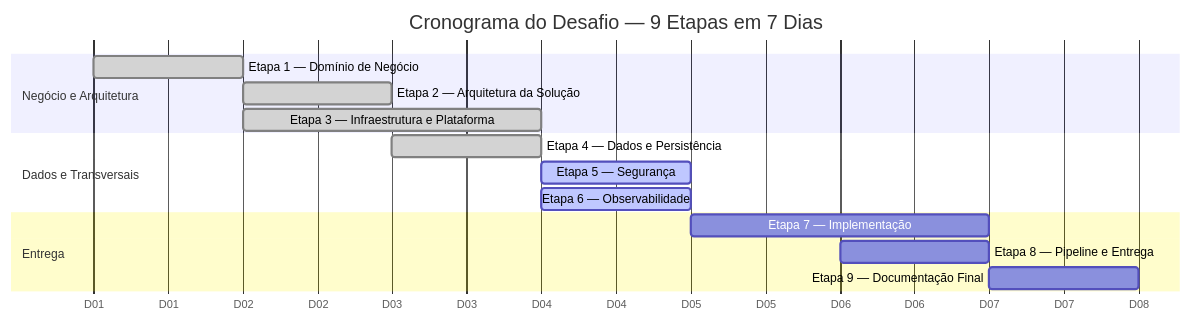
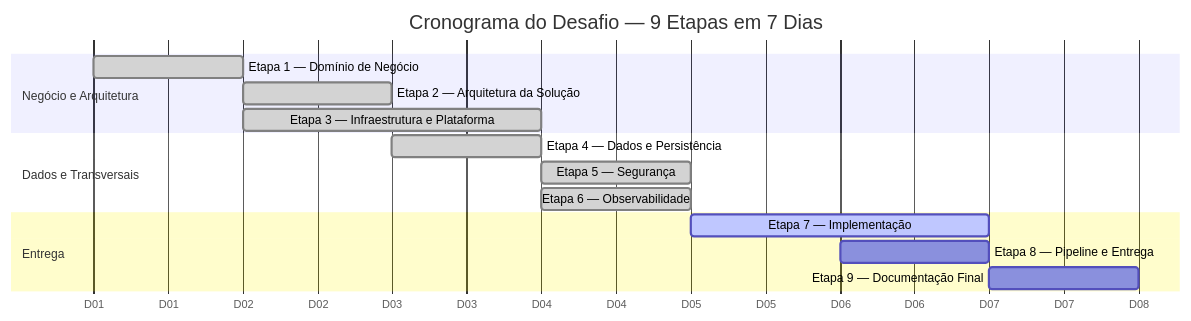
One commit to gsperim/account-engine-lab changed the diagram in docs/planejamento.md. Above: the diagram before and after it, drawn with Mermaid. The commit also changed other lines of this file, not shown here.

Commit message:
docs(planejamento): marcar Etapas 5 e 6 como concluídas, ativar Etapa 7

````diff
--- a/docs/planejamento.md
+++ b/docs/planejamento.md
@@ -36,21 +36,21 @@
 ```mermaid
 gantt
     title Cronograma do Desafio — 9 Etapas em 7 Dias
     dateFormat  YYYY-MM-DD
     axisFormat  D%d
 
     section Negócio e Arquitetura
     Etapa 1 — Domínio de Negócio          :done,   2026-01-01, 1d
     Etapa 2 — Arquitetura da Solução       :done,   2026-01-02, 1d
     Etapa 3 — Infraestrutura e Plataforma  :done,   2026-01-02, 2d
 
     section Dados e Transversais
     Etapa 4 — Dados e Persistência         :done,   2026-01-03, 1d
-    Etapa 5 — Segurança                    :active, 2026-01-04, 1d
-    Etapa 6 — Observabilidade              :active, 2026-01-04, 1d
+    Etapa 5 — Segurança                    :done,   2026-01-04, 1d
+    Etapa 6 — Observabilidade              :done,   2026-01-04, 1d
 
     section Entrega
-    Etapa 7 — Implementação                :        2026-01-05, 2d
+    Etapa 7 — Implementação                :active, 2026-01-05, 2d
     Etapa 8 — Pipeline e Entrega           :        2026-01-06, 1d
     Etapa 9 — Documentação Final           :        2026-01-07, 1d
 ```
````
